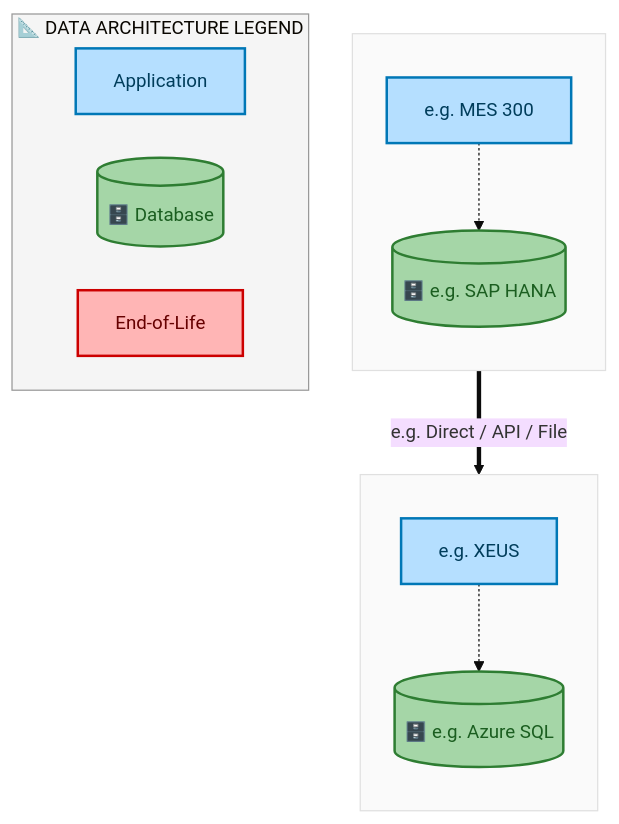
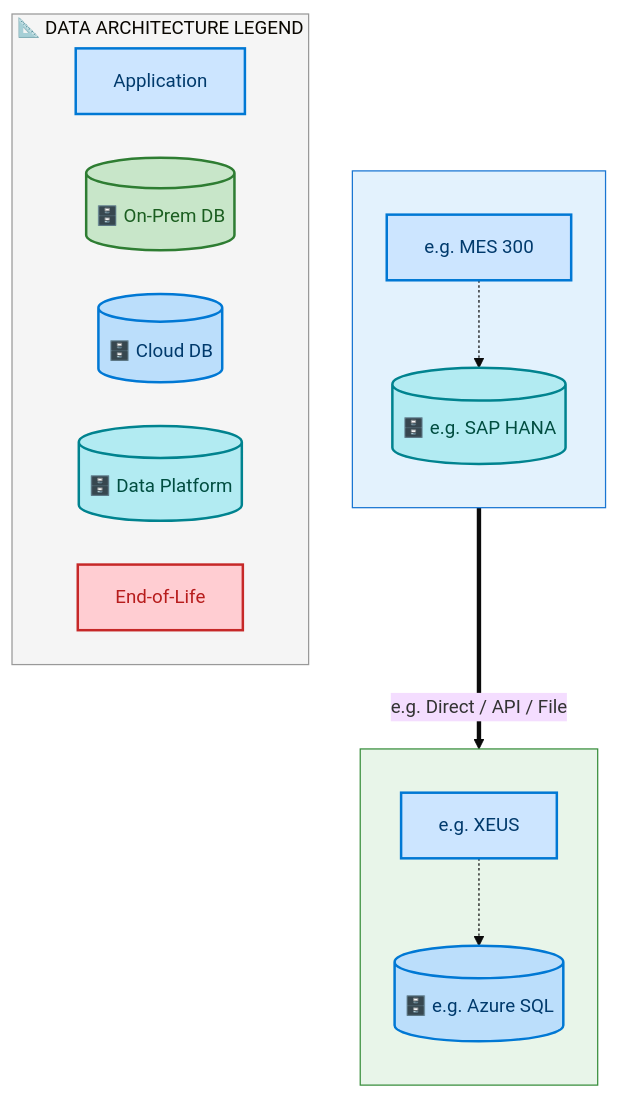
Before and after one commit to sajivfrancis777/IAO-Architecture: the third of 7 diagrams in towers/E2E/Procure to Pay/E2E-51/output/docs/systems-architecture/E2E-51-Architecture.md, drawn with Mermaid. The commit also changed other lines of this file and 394 other files, not shown here.

First line of the commit message:
feat: structured layer ordering for Mermaid architecture diagrams

````diff
--- a/towers/E2E/Procure to Pay/E2E-51/output/docs/systems-architecture/E2E-51-Architecture.md
+++ b/towers/E2E/Procure to Pay/E2E-51/output/docs/systems-architecture/E2E-51-Architecture.md
@@ -522,33 +522,37 @@
 ```mermaid
 %%{init: {"theme": "base", "securityLevel": "loose", "themeVariables": {"fontSize": "15px", "fontFamily": "Segoe UI, Arial"}, "flowchart": {"useMaxWidth": false, "htmlLabels": true, "nodeSpacing": 35, "rankSpacing": 45}} }%%
 flowchart TB
-    classDef appBox fill:#B5DFFF,stroke:#0077B6,stroke-width:2px,color:#003D5B
-    classDef dbCyl fill:#A5D6A7,stroke:#2E7D32,stroke-width:2px,color:#1B5E20
-    classDef eolBox fill:#FFB5B5,stroke:#CC0000,stroke-width:2px,color:#660000
+    classDef appBox fill:#CCE5FF,stroke:#0078D4,stroke-width:2px,color:#003A6C
+    classDef dbCyl fill:#C8E6C9,stroke:#2E7D32,stroke-width:2px,color:#1B5E20
+    classDef dbCloud fill:#BBDEFB,stroke:#0078D4,stroke-width:2px,color:#003A6C
+    classDef dbData fill:#B2EBF2,stroke:#00838F,stroke-width:2px,color:#004D40
+    classDef eolBox fill:#FFCDD2,stroke:#C62828,stroke-width:2px,color:#B71C1C
 
     subgraph E2E51FDACL_e_g_Azure_SQL[" "]
         direction TB
         E2E51FDAA_e_g_XEUS["e.g. XEUS"]:::appBox
-        E2E51FDAD_e_g_Azure_SQL[("🗄️ e.g. Azure SQL")]:::dbCyl
+        E2E51FDAD_e_g_Azure_SQL[("🗄️ e.g. Azure SQL")]:::dbCloud
         E2E51FDAA_e_g_XEUS -.-> E2E51FDAD_e_g_Azure_SQL
     end
-    style E2E51FDACL_e_g_Azure_SQL fill:#FAFAFA,stroke:#E0E0E0,stroke-width:1px
+    style E2E51FDACL_e_g_Azure_SQL fill:#E8F5E9,stroke:#388E3C,stroke-width:1px
 
     subgraph E2E51FDACL_e_g_SAP_HANA[" "]
         direction TB
         E2E51FDAA_e_g_MES_300["e.g. MES 300"]:::appBox
-        E2E51FDAD_e_g_SAP_HANA[("🗄️ e.g. SAP HANA")]:::dbCyl
+        E2E51FDAD_e_g_SAP_HANA[("🗄️ e.g. SAP HANA")]:::dbData
         E2E51FDAA_e_g_MES_300 -.-> E2E51FDAD_e_g_SAP_HANA
     end
-    style E2E51FDACL_e_g_SAP_HANA fill:#FAFAFA,stroke:#E0E0E0,stroke-width:1px
+    style E2E51FDACL_e_g_SAP_HANA fill:#E3F2FD,stroke:#1976D2,stroke-width:1px
 
     E2E51FDAD_e_g_SAP_HANA ==>|"e.g. Direct / API / File"| E2E51FDAD_e_g_Azure_SQL
 
     subgraph Legend["📐 DATA ARCHITECTURE LEGEND"]
         direction LR
         L_A["Application"]:::appBox
-        L_D[("🗄️ Database")]:::dbCyl
+        L_D[("🗄️ On-Prem DB")]:::dbCyl
+        L_DC[("🗄️ Cloud DB")]:::dbCloud
+        L_DD[("🗄️ Data Platform")]:::dbData
         L_E["End-of-Life"]:::eolBox
     end
     style Legend fill:#F5F5F5,stroke:#999,stroke-width:1px
 ```
````
